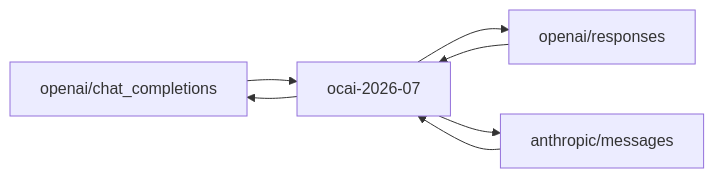
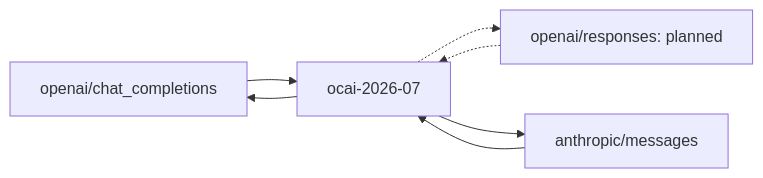
One commit to ocarinow/ocai changed the diagram in docs/index.md. Above: the diagram before and after it, drawn with Mermaid. The commit also changed other lines of this file and 8 other files, not shown here.

````diff
--- a/docs/index.md
+++ b/docs/index.md
@@ -61,9 +63,9 @@
 ``` mermaid
 graph LR
   CC[openai/chat_completions] --> IR[ocai-2026-07]
-  R[openai/responses] --> IR
+  R[openai/responses: planned] -.-> IR
   A[anthropic/messages] --> IR
   IR --> CC
-  IR --> R
+  IR -.-> R
   IR --> A
 ```
````
